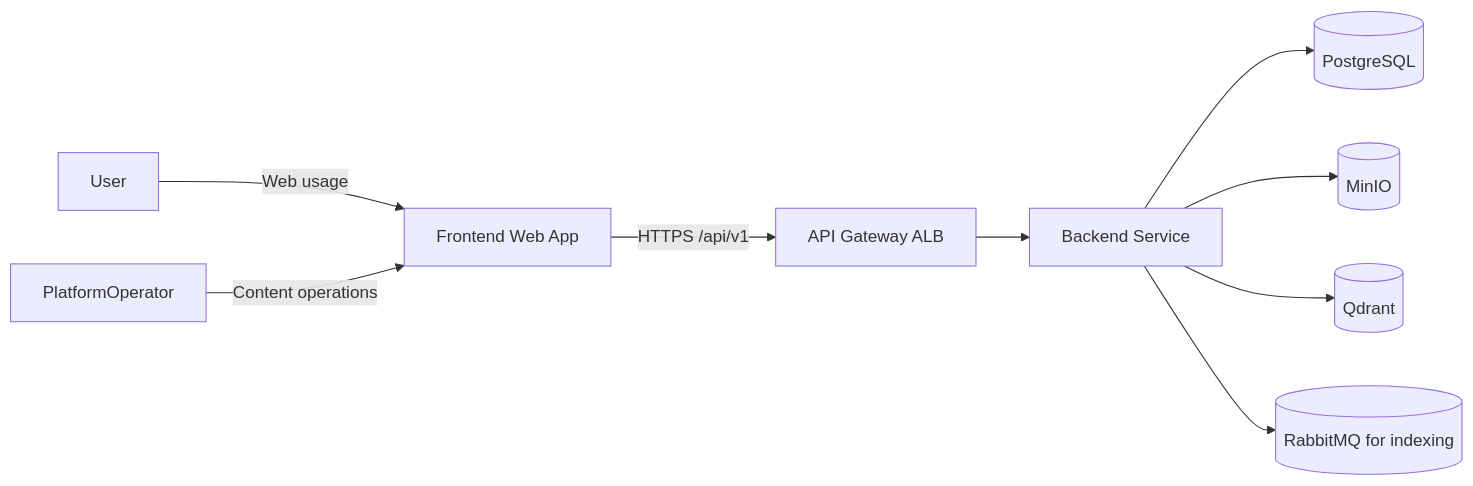
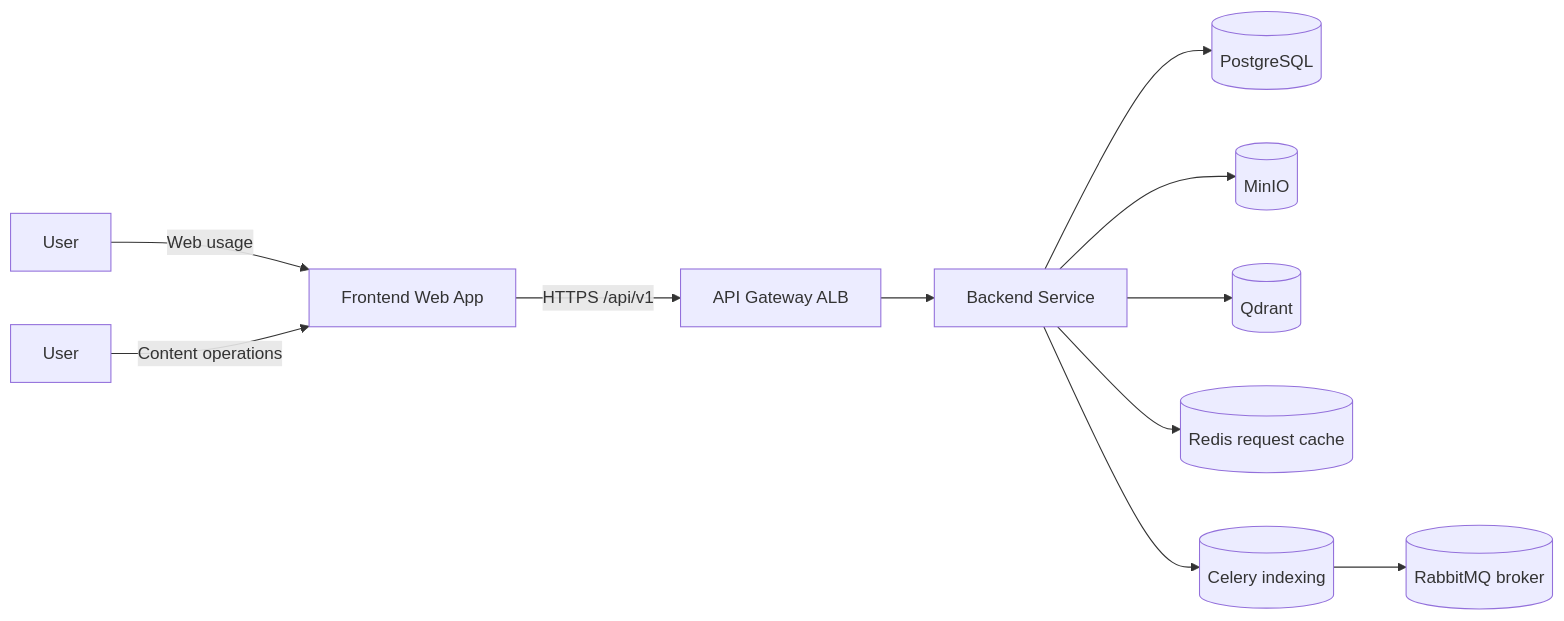
The diagram in documents/BRD.md (BeketML/EduAI), drawn with Mermaid before and after one commit. The commit also changed other lines of this file and 42 other files, not shown here.

````diff
--- a/documents/BRD.md
+++ b/documents/BRD.md
@@ -143,11 +143,13 @@
 ```mermaid
 flowchart LR
   user[User] -->|Web usage| frontend[Frontend Web App]
-  operator[PlatformOperator] -->|Content operations| frontend
+  user2[User] -->|Content operations| frontend
   frontend -->|HTTPS /api/v1| gateway[API Gateway ALB]
   gateway --> backend[Backend Service]
   backend --> pg[(PostgreSQL)]
   backend --> minio[(MinIO)]
   backend --> qdrant[(Qdrant)]
-  backend --> rabbitmq[(RabbitMQ for indexing)]
+  backend --> redis[(Redis request cache)]
+  backend --> celery[(Celery indexing)]
+  celery --> rabbitmq[(RabbitMQ broker)]
 ```
````
